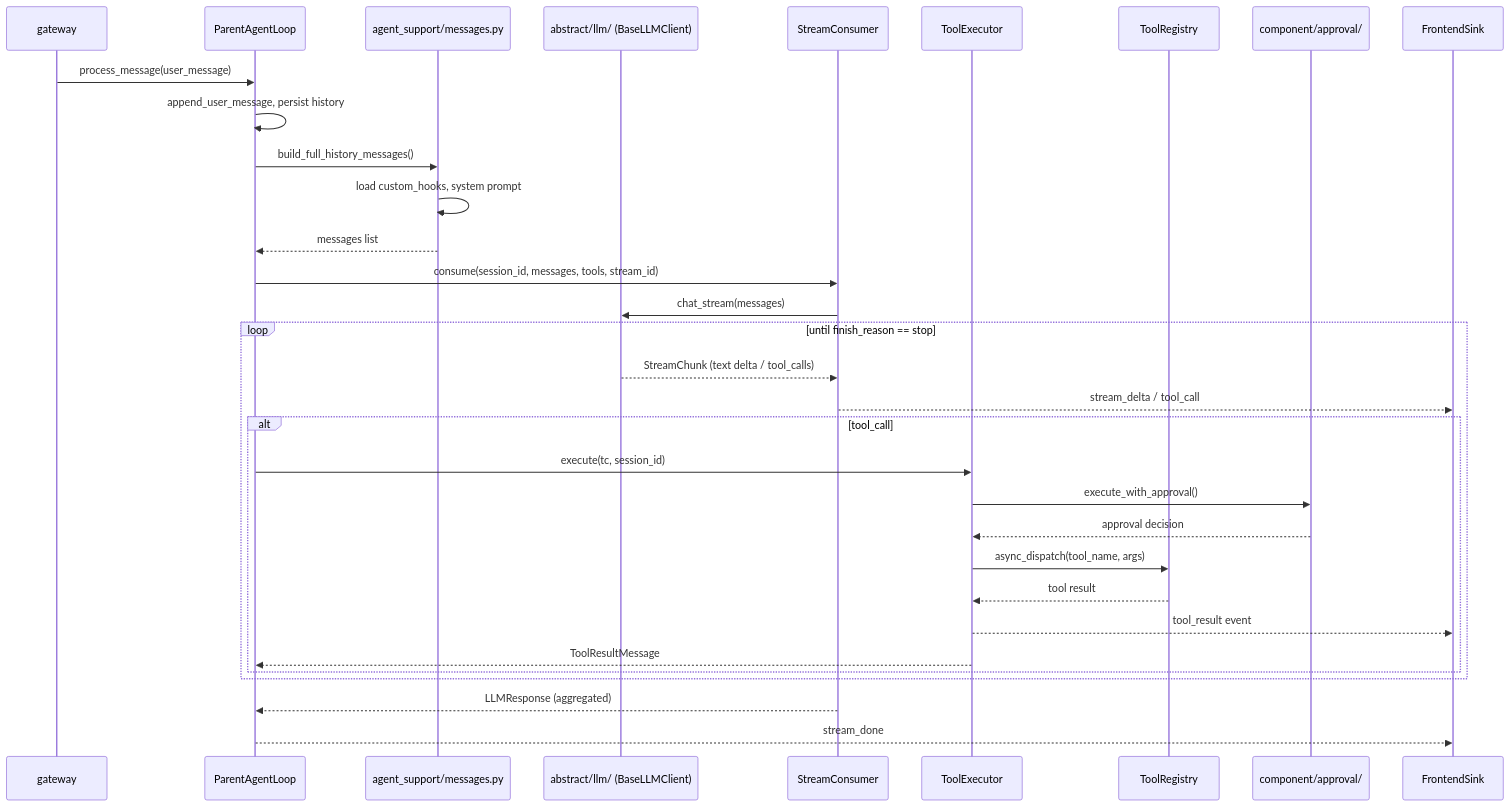
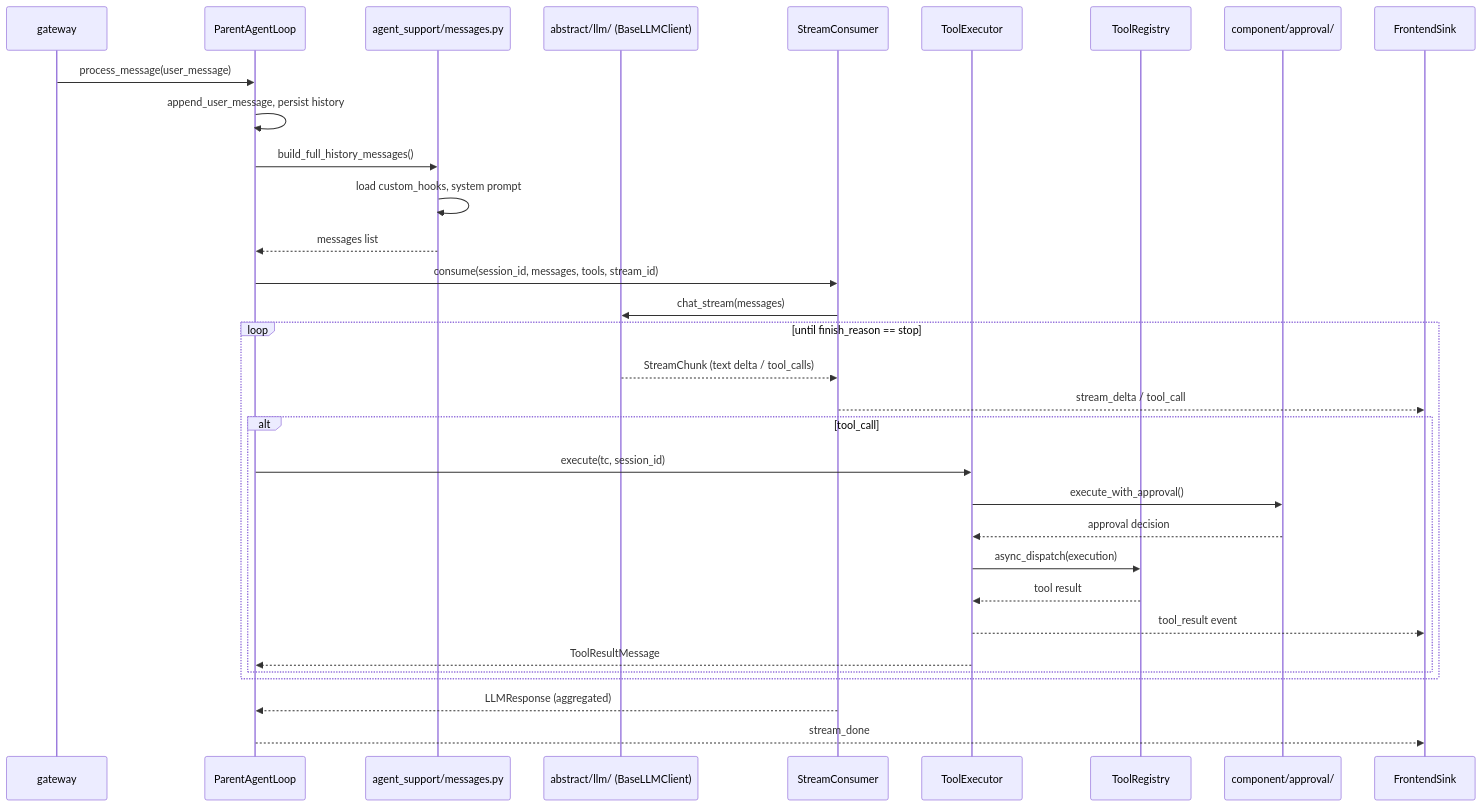
Before and after one commit to NINEMINEsigma/evolve-agent: the diagram in origin_agent/entry/DEV-README.md, drawn with Mermaid. The commit also changed other lines of this file and 104 other files, not shown here.

````diff
--- a/origin_agent/entry/DEV-README.md
+++ b/origin_agent/entry/DEV-README.md
@@ -187,35 +205,35 @@
 ```mermaid
 sequenceDiagram
     participant GW as gateway
     participant PAL as ParentAgentLoop
     participant MS as agent_support/messages.py
     participant LLM as abstract/llm/ (BaseLLMClient)
     participant SC as StreamConsumer
     participant TE as ToolExecutor
     participant TR as ToolRegistry
     participant APP as component/approval/
     participant FS as FrontendSink
 
     GW->>PAL: process_message(user_message)
     PAL->>PAL: append_user_message, persist history
     PAL->>MS: build_full_history_messages()
     MS->>MS: load custom_hooks, system prompt
     MS-->>PAL: messages list
     PAL->>SC: consume(session_id, messages, tools, stream_id)
     SC->>LLM: chat_stream(messages)
     loop until finish_reason == stop
         LLM-->>SC: StreamChunk (text delta / tool_calls)
         SC-->>FS: stream_delta / tool_call
         alt tool_call
             PAL->>TE: execute(tc, session_id)
             TE->>APP: execute_with_approval()
             APP-->>TE: approval decision
-            TE->>TR: async_dispatch(tool_name, args)
+            TE->>TR: async_dispatch(execution)
             TR-->>TE: tool result
             TE-->>FS: tool_result event
             TE-->>PAL: ToolResultMessage
         end
     end
     SC-->>PAL: LLMResponse (aggregated)
     PAL-->>FS: stream_done
 ```
````
